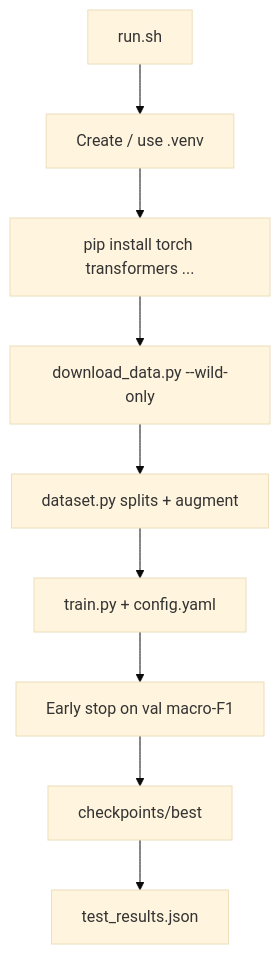
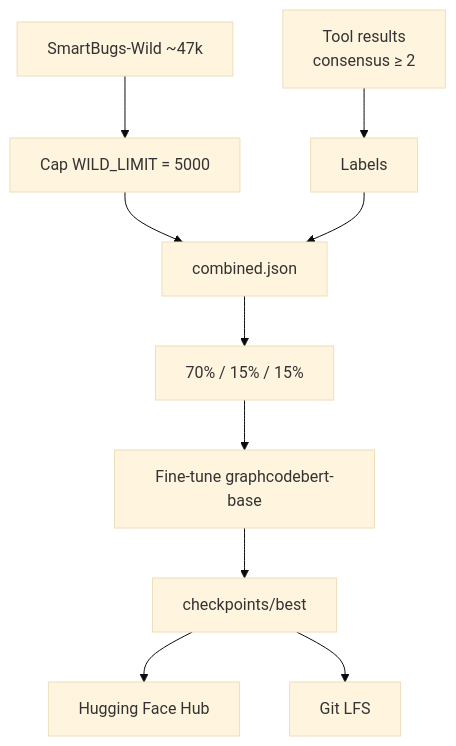
One commit to tanaymitra54/solidity_guard_razorpay changed diagram 11 of 13 in README.md. Above: the diagram before and after it, drawn with Mermaid (base theme). The commit also changed other lines of this file, not shown here.

First line of the commit message:
docs: prize-style README with charts and architecture diagrams

````diff
--- a/README.md
+++ b/README.md
@@ -411,11 +293,12 @@
 ```mermaid
 flowchart TD
-    A[run.sh] --> B[Create / use .venv]
-    B --> C[pip install torch transformers ...]
-    C --> D[download_data.py --wild-only]
-    D --> E[dataset.py splits + augment]
-    E --> F[train.py + config.yaml]
-    F --> G[Early stop on val macro-F1]
-    G --> H[checkpoints/best]
-    H --> I[test_results.json]
+    W[SmartBugs-Wild ~47k] --> CAP["Cap WILD_LIMIT = 5000"]
+    META[Tool results<br/>consensus ≥ 2] --> LAB[Labels]
+    CAP --> MERGE[combined.json]
+    LAB --> MERGE
+    MERGE --> SPLIT[70% / 15% / 15%]
+    SPLIT --> FT[Fine-tune graphcodebert-base]
+    FT --> BEST[checkpoints/best]
+    BEST --> HUB[Hugging Face Hub]
+    BEST --> LFS[Git LFS]
 ```
````
